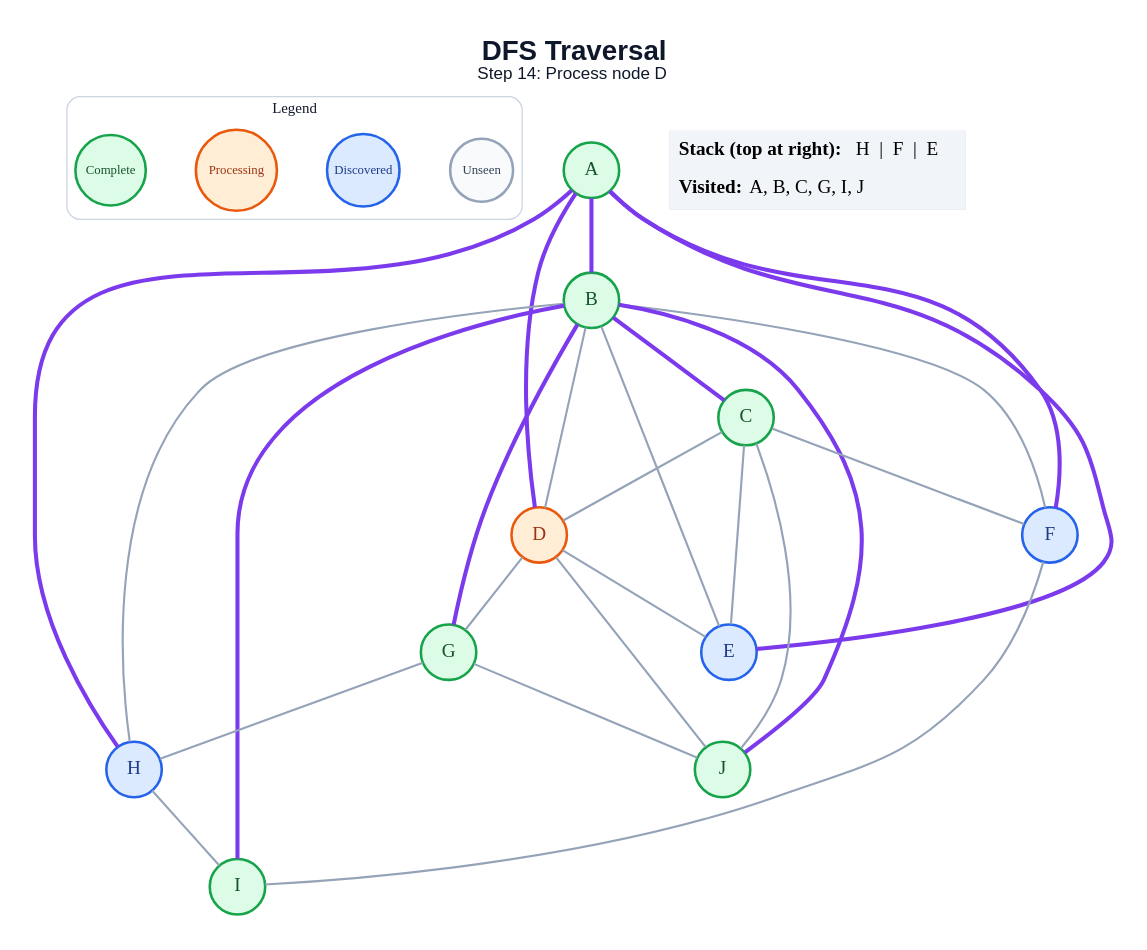
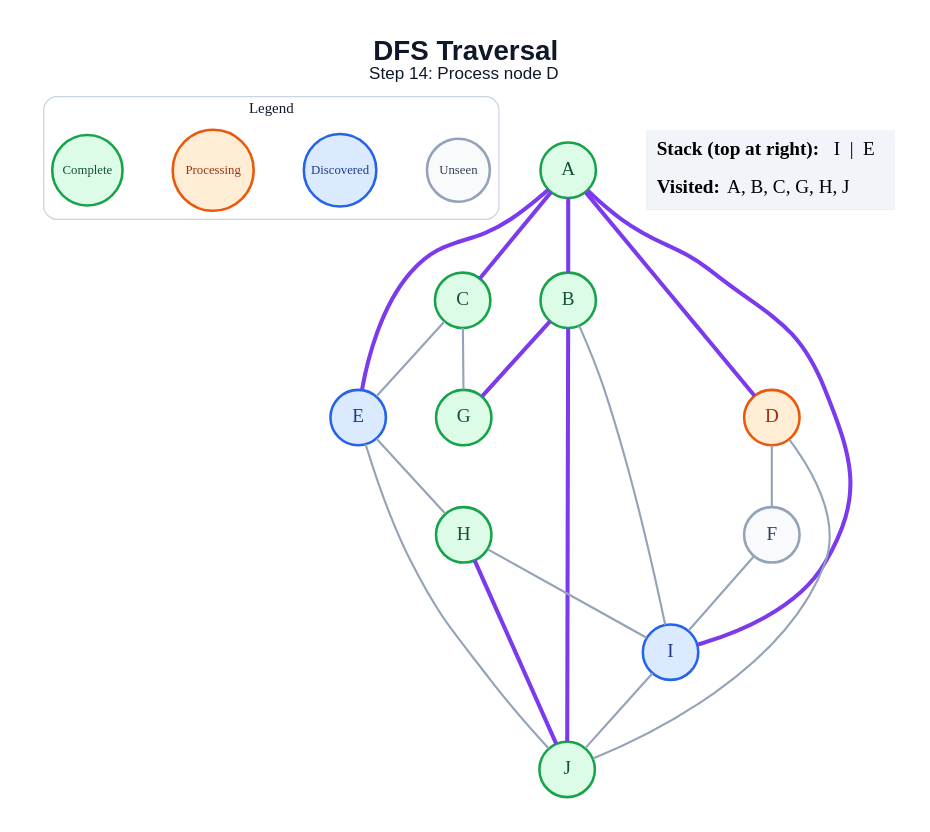
Before and after one commit to amanghodawala9/ai-slop: the diagram in generated/dfs/step_14.dot, drawn with Graphviz. The commit also changed 178 other files, not shown here.

```diff
--- a/generated/dfs/step_14.dot
+++ b/generated/dfs/step_14.dot
@@ -1,53 +1,47 @@
 graph traversal {
   graph [layout=dot, rankdir=TB, bgcolor="#FFFFFF", pad="0.35", nodesep="0.65", ranksep="0.8", fontname="Arial"];
   node [shape=circle, style="filled", fontname="Arial Bold", fontsize=18, width=0.72, fixedsize=true, penwidth=2.4];
   edge [color="#94A3B8", penwidth=2.0];
   label=<<B>DFS Traversal</B><BR/><FONT POINT-SIZE="16">Step 14: Process node D</FONT>>; labelloc="t"; fontsize=26; fontname="Arial"; fontcolor="#0F172A";
   subgraph cluster_legend { label="Legend"; color="#CBD5E1"; penwidth=1.2; style="rounded"; fontsize=14; fontname="Arial Bold";
     key_unseen [label="Unseen", fillcolor="#F8FAFC", color="#94A3B8", fontcolor="#334155", fontsize=12, width=0.82];
     key_frontier [label="Discovered", fillcolor="#DBEAFE", color="#2563EB", fontcolor="#1E3A8A", fontsize=12, width=0.95];
     key_current [label="Processing", fillcolor="#FFEDD5", color="#EA580C", fontcolor="#9A3412", fontsize=12, width=1.05];
     key_done [label="Complete", fillcolor="#DCFCE7", color="#16A34A", fontcolor="#14532D", fontsize=12, width=0.92];
     { rank=same; key_unseen; key_frontier; key_current; key_done; }
   }
   A [fillcolor="#DCFCE7", color="#16A34A", fontcolor="#14532D"];
   B [fillcolor="#DCFCE7", color="#16A34A", fontcolor="#14532D"];
   C [fillcolor="#DCFCE7", color="#16A34A", fontcolor="#14532D"];
   D [fillcolor="#FFEDD5", color="#EA580C", fontcolor="#9A3412"];
   E [fillcolor="#DBEAFE", color="#2563EB", fontcolor="#1E3A8A"];
-  F [fillcolor="#DBEAFE", color="#2563EB", fontcolor="#1E3A8A"];
+  F [fillcolor="#F8FAFC", color="#94A3B8", fontcolor="#334155"];
   G [fillcolor="#DCFCE7", color="#16A34A", fontcolor="#14532D"];
-  H [fillcolor="#DBEAFE", color="#2563EB", fontcolor="#1E3A8A"];
-  I [fillcolor="#DCFCE7", color="#16A34A", fontcolor="#14532D"];
+  H [fillcolor="#DCFCE7", color="#16A34A", fontcolor="#14532D"];
+  I [fillcolor="#DBEAFE", color="#2563EB", fontcolor="#1E3A8A"];
   J [fillcolor="#DCFCE7", color="#16A34A", fontcolor="#14532D"];
   A -- B [color="#7C3AED", penwidth=3.8];
+  A -- C [color="#7C3AED", penwidth=3.8];
   A -- D [color="#7C3AED", penwidth=3.8];
   A -- E [color="#7C3AED", penwidth=3.8];
-  A -- F [color="#7C3AED", penwidth=3.8];
-  A -- H [color="#7C3AED", penwidth=3.8];
-  B -- C [color="#7C3AED", penwidth=3.8];
-  B -- D;
-  B -- E;
-  B -- F;
+  A -- I [color="#7C3AED", penwidth=3.8];
   B -- G [color="#7C3AED", penwidth=3.8];
-  B -- H;
-  B -- I [color="#7C3AED", penwidth=3.8];
+  B -- I;
   B -- J [color="#7C3AED", penwidth=3.8];
-  C -- D;
   C -- E;
-  C -- F;
-  C -- J;
-  D -- E;
-  D -- G;
+  C -- G;
+  D -- F;
   D -- J;
+  E -- H;
+  E -- J;
   F -- I;
-  G -- H;
-  G -- J;
   H -- I;
+  H -- J [color="#7C3AED", penwidth=3.8];
+  I -- J;
   status [shape=plain, fixedsize=false, width=0, height=0, margin=0, label=<
     <TABLE BORDER="0" CELLBORDER="0" CELLPADDING="7" BGCOLOR="#F1F5F9">
-      <TR><TD ALIGN="LEFT"><B>Stack (top at right):</B> H  |  F  |  E</TD></TR>
-      <TR><TD ALIGN="LEFT"><B>Visited:</B> A, B, C, G, I, J</TD></TR>
+      <TR><TD ALIGN="LEFT"><B>Stack (top at right):</B> I  |  E</TD></TR>
+      <TR><TD ALIGN="LEFT"><B>Visited:</B> A, B, C, G, H, J</TD></TR>
     </TABLE>
   >];
 }
```
